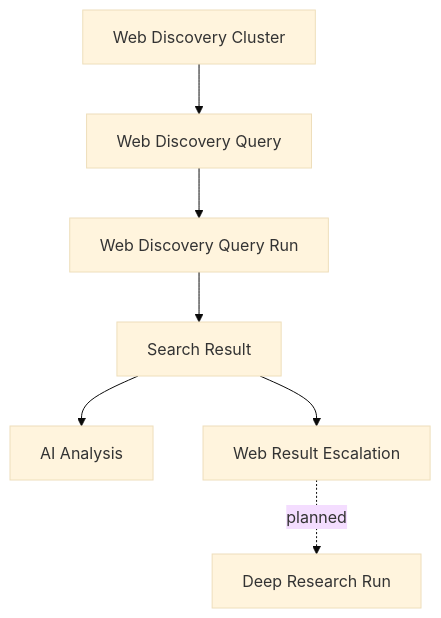
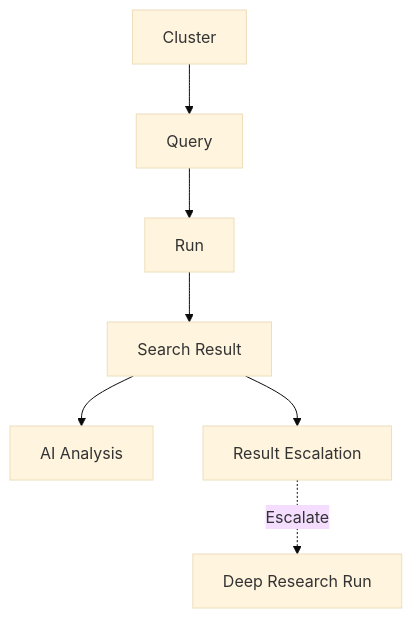
The third of 7 diagrams in docs/phase-1/P1-03.md (Growth-Maschine/NORAD-INTEL-ENGINE-V1), drawn with Mermaid (base theme) before and after one commit. The commit also changed other lines of this file and 9 other files, not shown here.

````diff
--- a/docs/phase-1/P1-03.md
+++ b/docs/phase-1/P1-03.md
@@ -224,16 +211,16 @@
 ```mermaid
 flowchart TD
-    WDC[Web Discovery Cluster]
-    WDQ[Web Discovery Query]
-    WDR[Web Discovery Query Run]
+    CL[Cluster]
+    Q[Query]
+    RUN[Run]
     SR[Search Result]
     AI[AI Analysis]
-    ESC[Web Result Escalation]
+    ESC[Result Escalation]
 
-    WDC --> WDQ
-    WDQ --> WDR
-    WDR --> SR
+    CL --> Q
+    Q --> RUN
+    RUN --> SR
     SR --> AI
     SR --> ESC
-    ESC -.->|planned| DRR[Deep Research Run]
+    ESC -.->|Escalate| DRR[Deep Research Run]
 ```
````
